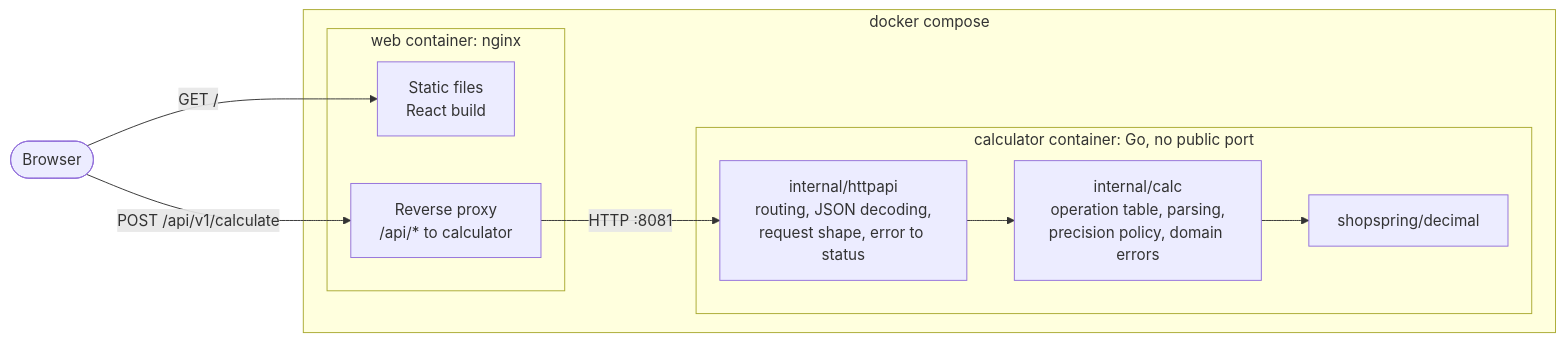
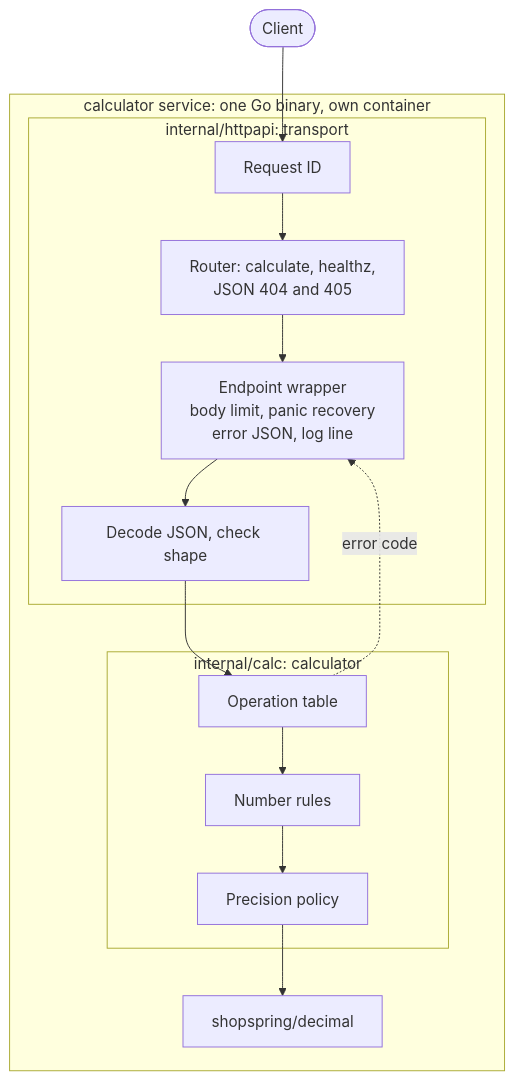
One commit to FurkanCodes/calculator changed the diagram in README.md. Above: the diagram before and after it, drawn with Mermaid. The commit also changed other lines of this file and 17 other files, not shown here.

````diff
--- a/README.md
+++ b/README.md
@@ -185,20 +122,21 @@
 ```mermaid
-flowchart LR
-    user(["Browser"])
-    subgraph compose["docker compose"]
-        subgraph web["web container: nginx"]
-            static["Static files<br/>React build"]
-            proxy["Reverse proxy<br/>/api/* to calculator"]
+flowchart TB
+    client(["Client"])
+    subgraph service["calculator service: one Go binary, own container"]
+        subgraph transport["internal/httpapi: transport"]
+            rid["Request ID"]
+            router["Router: calculate, healthz,<br/>JSON 404 and 405"]
+            endpoint["Endpoint wrapper<br/>body limit, panic recovery<br/>error JSON, log line"]
+            decode["Decode JSON, check shape"]
         end
-        subgraph calculator["calculator container: Go, no public port"]
-            httpapi["internal/httpapi<br/>routing, JSON decoding,<br/>request shape, error to status"]
-            calc["internal/calc<br/>operation table, parsing,<br/>precision policy, domain errors"]
-            decimal["shopspring/decimal"]
+        subgraph calculator["internal/calc: calculator"]
+            dispatch["Operation table"]
+            numbers["Number rules"]
+            policy["Precision policy"]
         end
+        decimal["shopspring/decimal"]
     end
-    user -->|"GET /"| static
-    user -->|"POST /api/v1/calculate"| proxy
-    proxy -->|"HTTP :8081"| httpapi
-    httpapi --> calc
-    calc --> decimal
+    client --> rid --> router --> endpoint --> decode --> dispatch
+    dispatch --> numbers --> policy --> decimal
+    dispatch -.->|"error code"| endpoint
 ```
````
